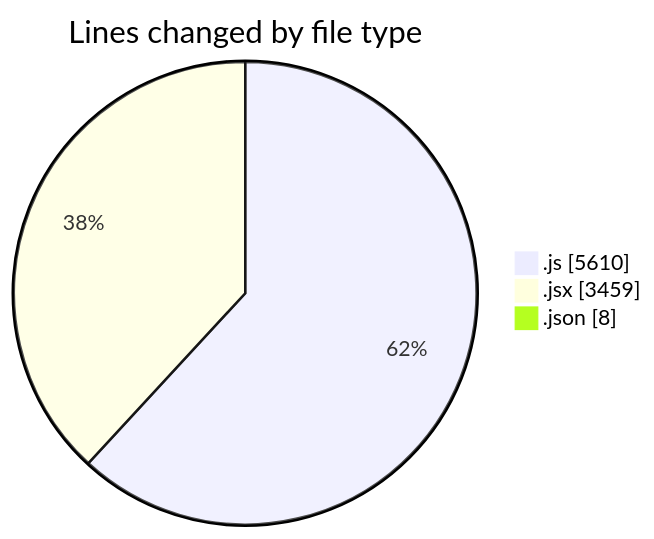
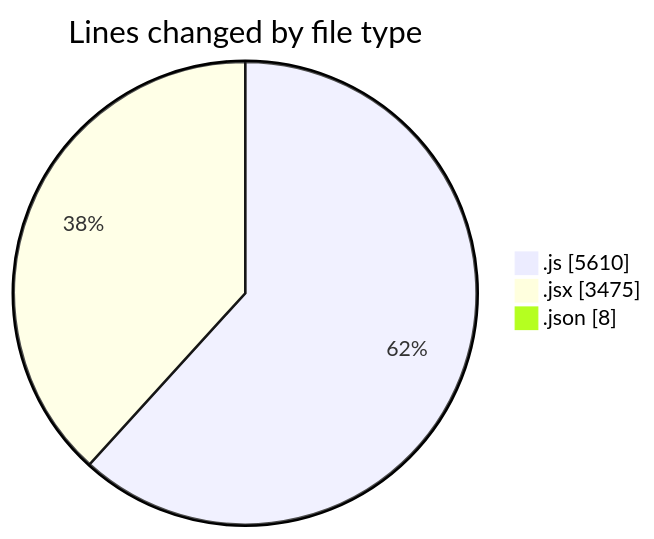
One commit to nxtqubesakshisongat/code-tracking changed the first of 2 diagrams in 2025-07-23/nxtqube_webapp/README.md. Above: the diagram before and after it, drawn with Mermaid. The commit also changed other lines of this file and 1 other file, not shown here.

````diff
--- a/2025-07-23/nxtqube_webapp/README.md
+++ b/2025-07-23/nxtqube_webapp/README.md
@@ -60,7 +60,7 @@
 ```mermaid
 pie showData
 title Lines changed by file type
 ".js" : 5610
-".jsx" : 3459
+".jsx" : 3475
 ".json" : 8
 ```
````
